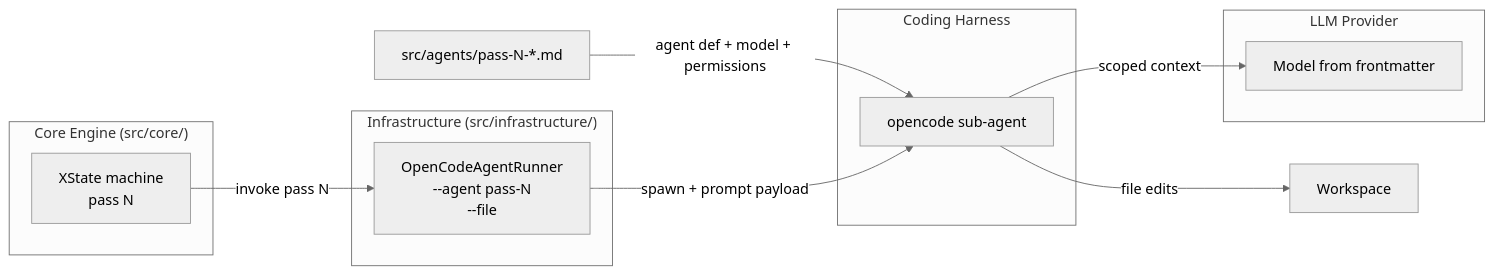
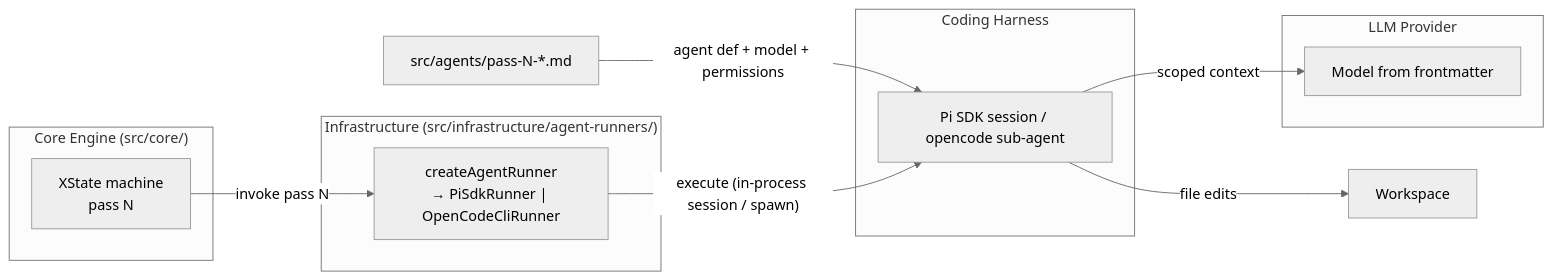
One commit to Nistapp/agentic-tdd changed the diagram in docs/architecture/user-overview/05-agent-prompt-system.md. Above: the diagram before and after it, drawn with Mermaid (neutral theme). The commit also changed other lines of this file and 15 other files, not shown here.

Commit message:
chore(ai): pass-7 – docs: align deep-dive + setup docs with Pi-default agent-agnostic architecture

````diff
--- a/docs/architecture/user-overview/05-agent-prompt-system.md
+++ b/docs/architecture/user-overview/05-agent-prompt-system.md
@@ -43,21 +43,21 @@
 ```mermaid
 flowchart LR
     subgraph Engine["Core Engine (src/core/)"]
         SM["XState machine<br/>pass N"]
     end
-    subgraph Infra["Infrastructure (src/infrastructure/)"]
-        R["OpenCodeAgentRunner<br/>--agent pass-N<br/>--file <artefacts>"]
+    subgraph Infra["Infrastructure (src/infrastructure/agent-runners/)"]
+        R["createAgentRunner<br/>→ PiSdkRunner | OpenCodeCliRunner"]
     end
     subgraph Harness["Coding Harness"]
-        OC["opencode sub-agent"]
+        OC["Pi SDK session / opencode sub-agent"]
     end
     subgraph Provider["LLM Provider"]
         LLM["Model from frontmatter"]
     end
 
     SM -->|"invoke pass N"| R
     AF["src/agents/pass-N-*.md"] -->|"agent def + model + permissions"| OC
-    R -->|"spawn + prompt payload"| OC
+    R -->|"execute (in-process session / spawn)"| OC
     OC -->|"scoped context"| LLM
     OC -->|"file edits"| FS["Workspace"]
 ```
````
